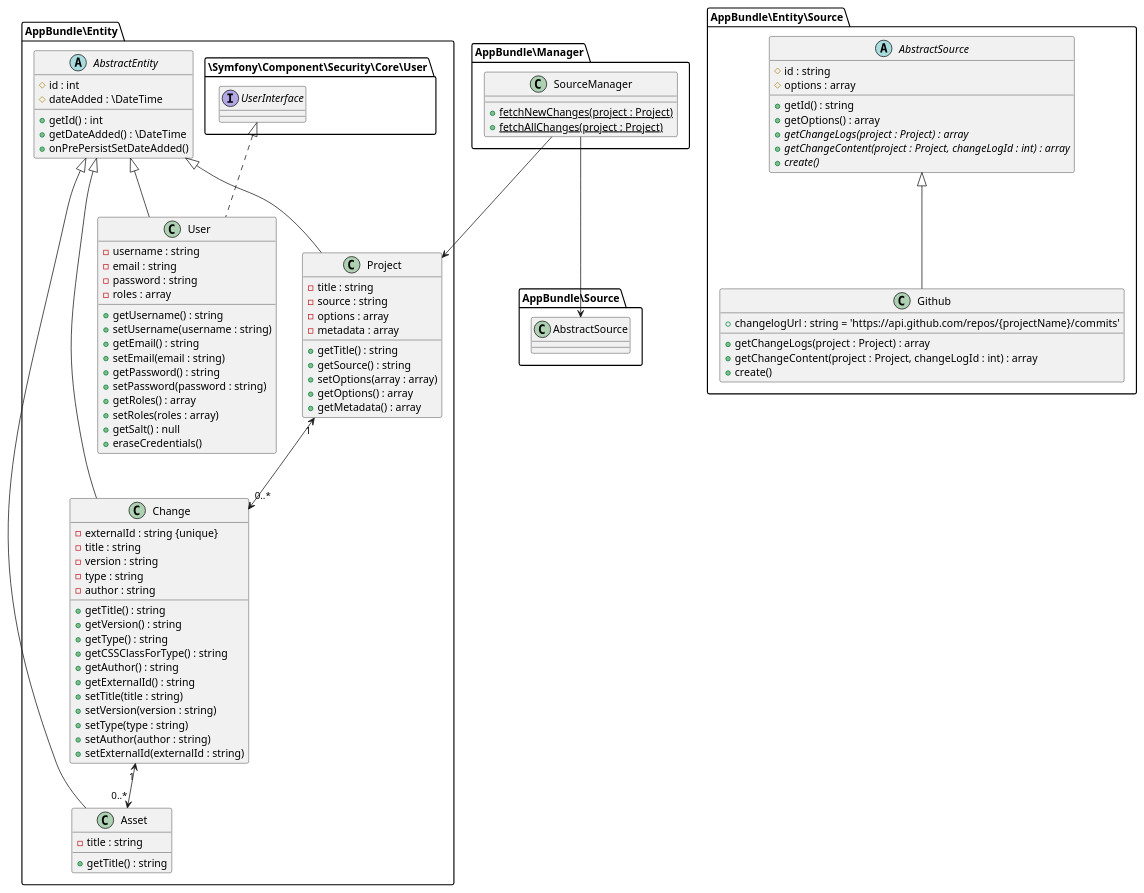
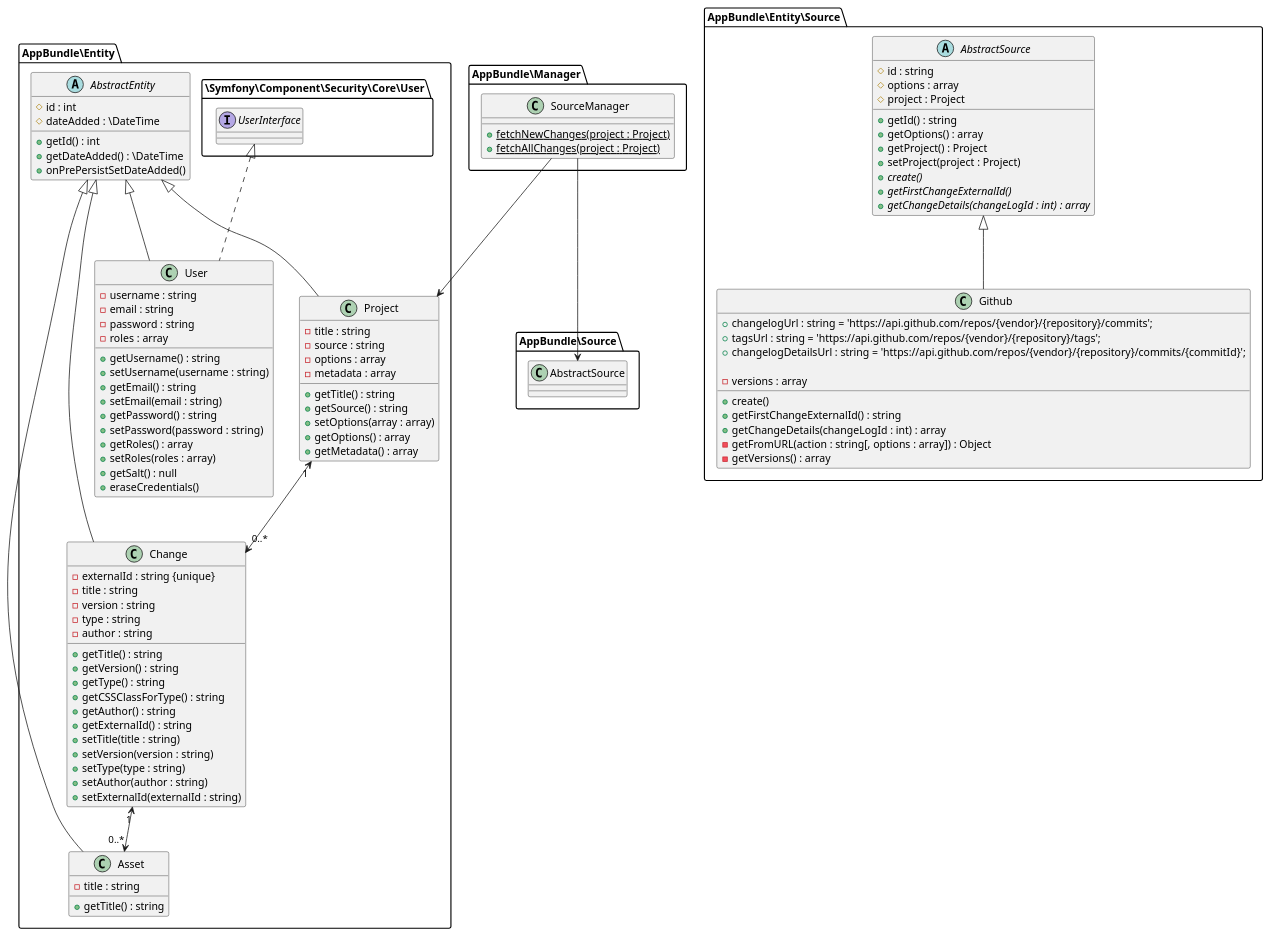
Before and after one commit to saitho/changebrowser: the diagram in src/AppBundle/Documentation/entities.puml, drawn with PlantUML. The commit also changed 4 other files, not shown here.

```diff
--- a/src/AppBundle/Documentation/entities.puml
+++ b/src/AppBundle/Documentation/entities.puml
@@ -1,94 +1,103 @@
 @startuml
 
 AppBundle\Manager.SourceManager --> AppBundle\Entity.Project
 AppBundle\Manager.SourceManager --> AppBundle\Source.AbstractSource
 
 namespace AppBundle\Manager {
     class SourceManager {
         + {static} fetchNewChanges(project : Project)
         + {static} fetchAllChanges(project : Project)
     }
 }
 
 namespace AppBundle\Entity\Source {
     abstract class AbstractSource {
         # id : string
         # options : array
+        # project : Project
         + getId() : string
         + getOptions() : array
-        {abstract} + getChangeLogs(project : Project) : array
-        {abstract} + getChangeContent(project : Project, changeLogId : int) : array
+        + getProject() : Project
+        + setProject(project : Project)
         {abstract} + create()
+        {abstract} + getFirstChangeExternalId()
+        {abstract} + getChangeDetails(changeLogId : int) : array
     }
     class Github extends AbstractSource {
-        + changelogUrl : string = 'https://api.github.com/repos/{projectName}/commits'
-        + getChangeLogs(project : Project) : array
-        + getChangeContent(project : Project, changeLogId : int) : array
+        + changelogUrl : string = 'https://api.github.com/repos/{vendor}/{repository}/commits';
+	    + tagsUrl : string = 'https://api.github.com/repos/{vendor}/{repository}/tags';
+	    + changelogDetailsUrl : string = 'https://api.github.com/repos/{vendor}/{repository}/commits/{commitId}';
+
         + create()
+        + getFirstChangeExternalId() : string
+        + getChangeDetails(changeLogId : int) : array
+        - getFromURL(action : string[, options : array]) : Object
+        - versions : array
+        - getVersions() : array
     }
 }
 
 namespace AppBundle\Entity {
     abstract class AbstractEntity {
         # id : int
         # dateAdded : \DateTime
         + getId() : int
         + getDateAdded() : \DateTime
         + onPrePersistSetDateAdded()
     }
     class Asset extends AbstractEntity {
         - title : string
         + getTitle() : string
     }
     class Change extends AbstractEntity {
         - externalId : string {unique}
         - title : string
         - version : string
         - type : string
         - author : string
         + getTitle() : string
         + getVersion() : string
         + getType() : string
         + getCSSClassForType() : string
         + getAuthor() : string
         + getExternalId() : string
         + setTitle(title : string)
         + setVersion(version : string)
         + setType(type : string)
         + setAuthor(author : string)
         + setExternalId(externalId : string)
     }
     class Project extends AbstractEntity {
         - title : string
         - source : string
         - options : array
         - metadata : array
         + getTitle() : string
         + getSource() : string
         + setOptions(array : array)
         + getOptions() : array
         + getMetadata() : array
     }
     class User extends AbstractEntity implements \Symfony\Component\Security\Core\User.UserInterface {
         - username : string
         - email : string
         - password : string
         - roles : array
         + getUsername() : string
         + setUsername(username : string)
         + getEmail() : string
         + setEmail(email : string)
         + getPassword() : string
         + setPassword(password : string)
         + getRoles() : array
         + setRoles(roles : array)
         + getSalt() : null
         + eraseCredentials()
     }
 
     Change "1" <--> "0..*" Asset
     Project "1" <--> "0..*" Change
 }
 
 
 @enduml
```
